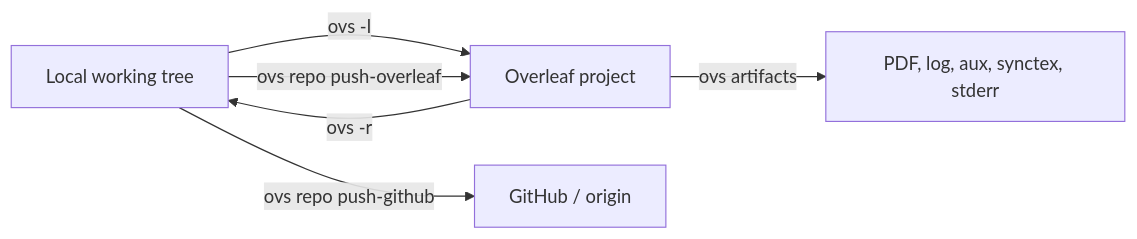
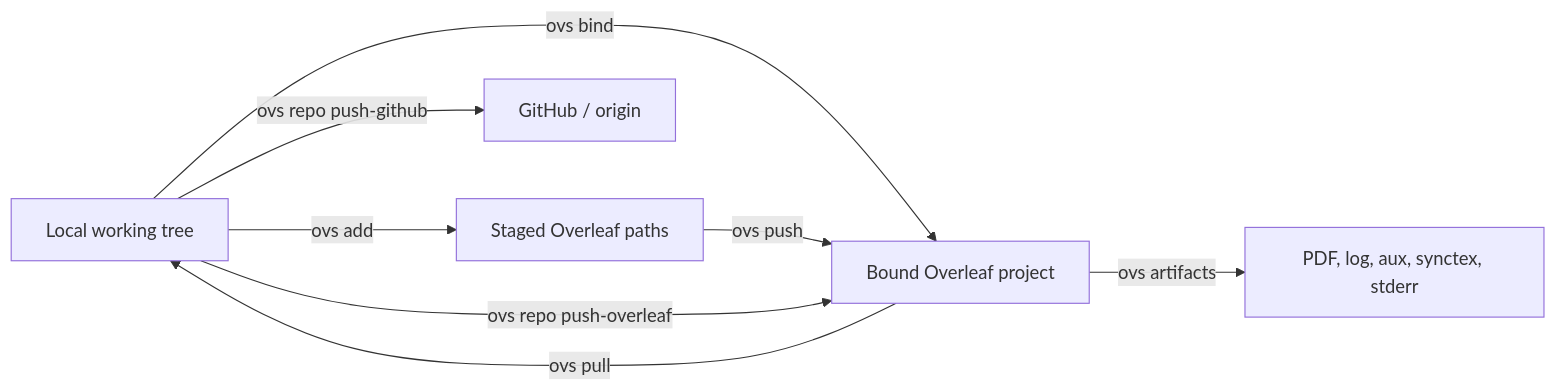
Before and after one commit to GaryOAO/overleaf_sync: the diagram in README.md, drawn with Mermaid. The commit also changed other lines of this file and 4 other files, not shown here.

Commit message:
Add git-like bound Overleaf workflow

````diff
--- a/README.md
+++ b/README.md
@@ -31,8 +32,10 @@
 ```mermaid
 flowchart LR
-  A["Local working tree"] -->|"ovs -l"| B["Overleaf project"]
-  B -->|"ovs -r"| A
-  B -->|"ovs artifacts"| C["PDF, log, aux, synctex, stderr"]
+  A["Local working tree"] -->|"ovs bind"| B["Bound Overleaf project"]
+  A -->|"ovs add"| C["Staged Overleaf paths"]
+  C -->|"ovs push"| B
+  B -->|"ovs pull"| A
+  B -->|"ovs artifacts"| E["PDF, log, aux, synctex, stderr"]
   A -->|"ovs repo push-github"| D["GitHub / origin"]
   A -->|"ovs repo push-overleaf"| B
 ```
````
